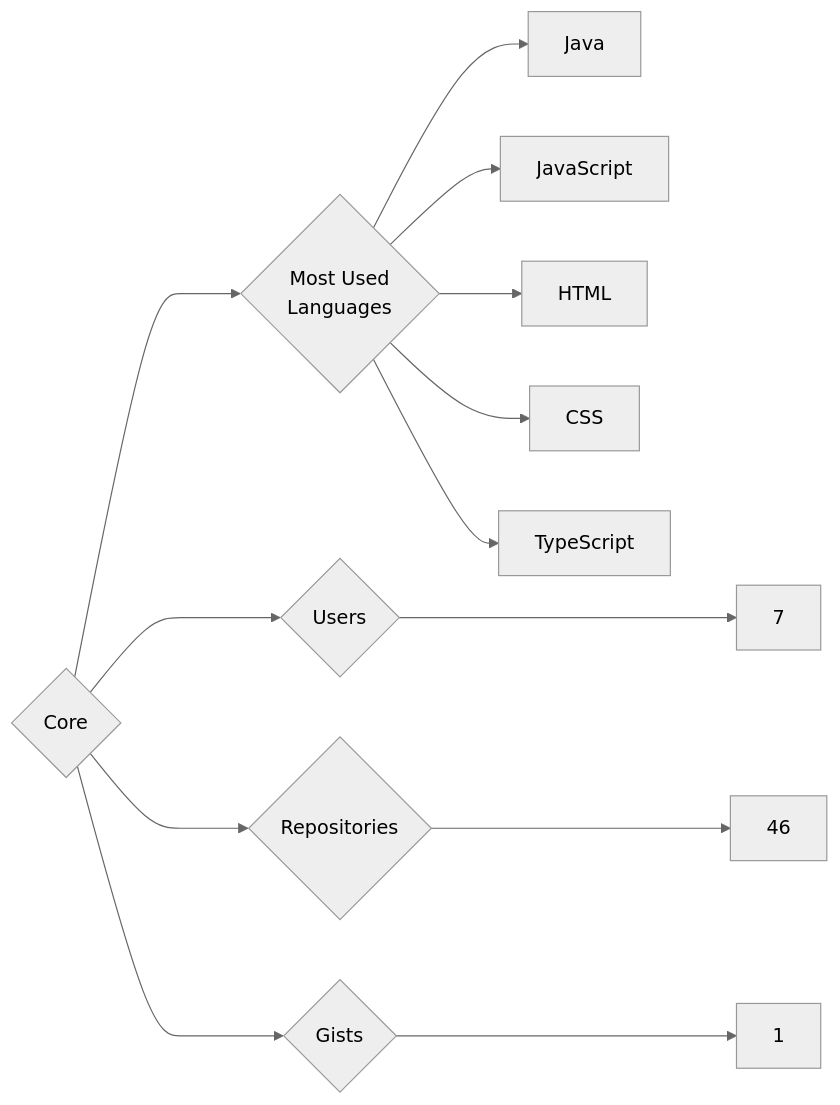
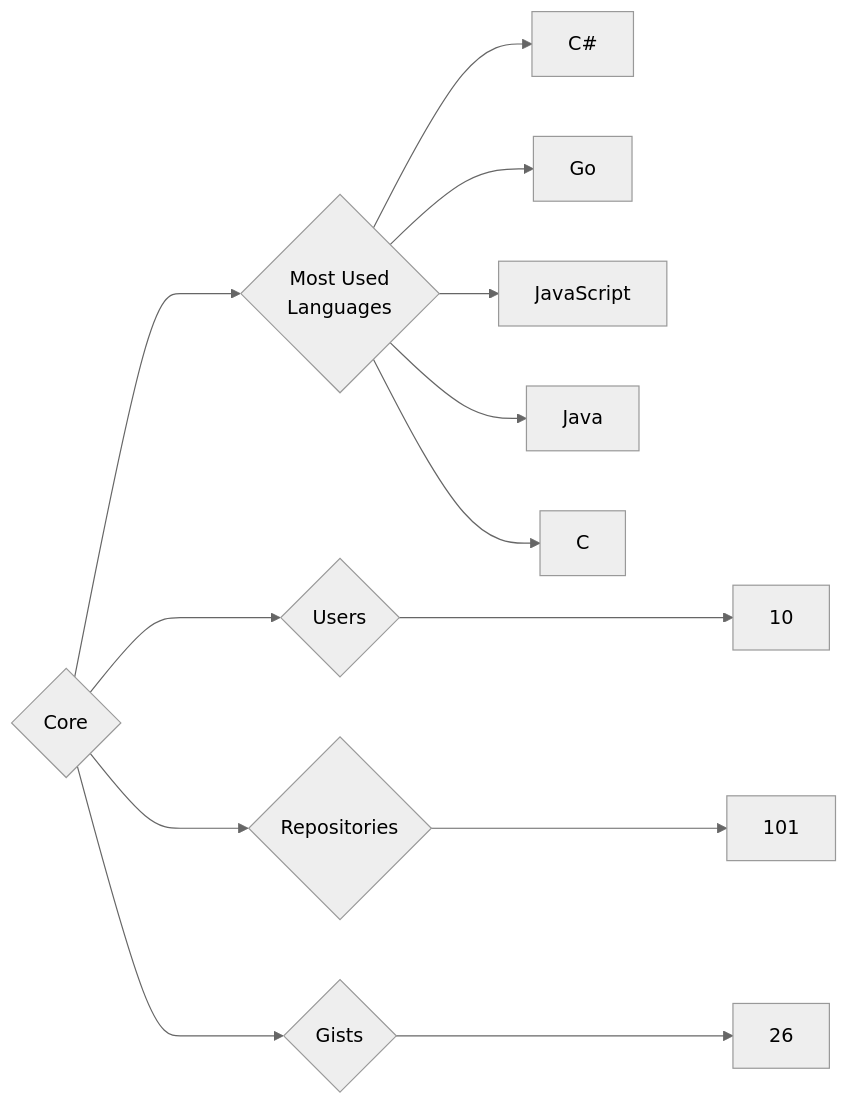
Before and after one commit to trickest/insiders: the diagram in targets/Core/README.md, drawn with Mermaid (neutral theme). The commit also changed 1055 other files, not shown here.

````diff
--- a/targets/Core/README.md
+++ b/targets/Core/README.md
@@ -3,13 +3,13 @@
 ```mermaid
 graph LR
 COMPANY_NAME{Core}
-COMPANY_NAME ---> U{Users} ---> UN[7]
-COMPANY_NAME ---> R{Repositories} ---> RN[46]
-COMPANY_NAME ---> G{Gists} ---> GN[1]
+COMPANY_NAME ---> U{Users} ---> UN[10]
+COMPANY_NAME ---> R{Repositories} ---> RN[101]
+COMPANY_NAME ---> G{Gists} ---> GN[26]
 COMPANY_NAME ---> ML{Most Used<br>Languages}
+ML --> C#[C#]
+ML --> Go[Go]
+ML --> JavaScript[JavaScript]
 ML --> Java[Java]
-ML --> JavaScript[JavaScript]
-ML --> HTML[HTML]
-ML --> CSS[CSS]
-ML --> TypeScript[TypeScript]
+ML --> C[C]
 ```
````
